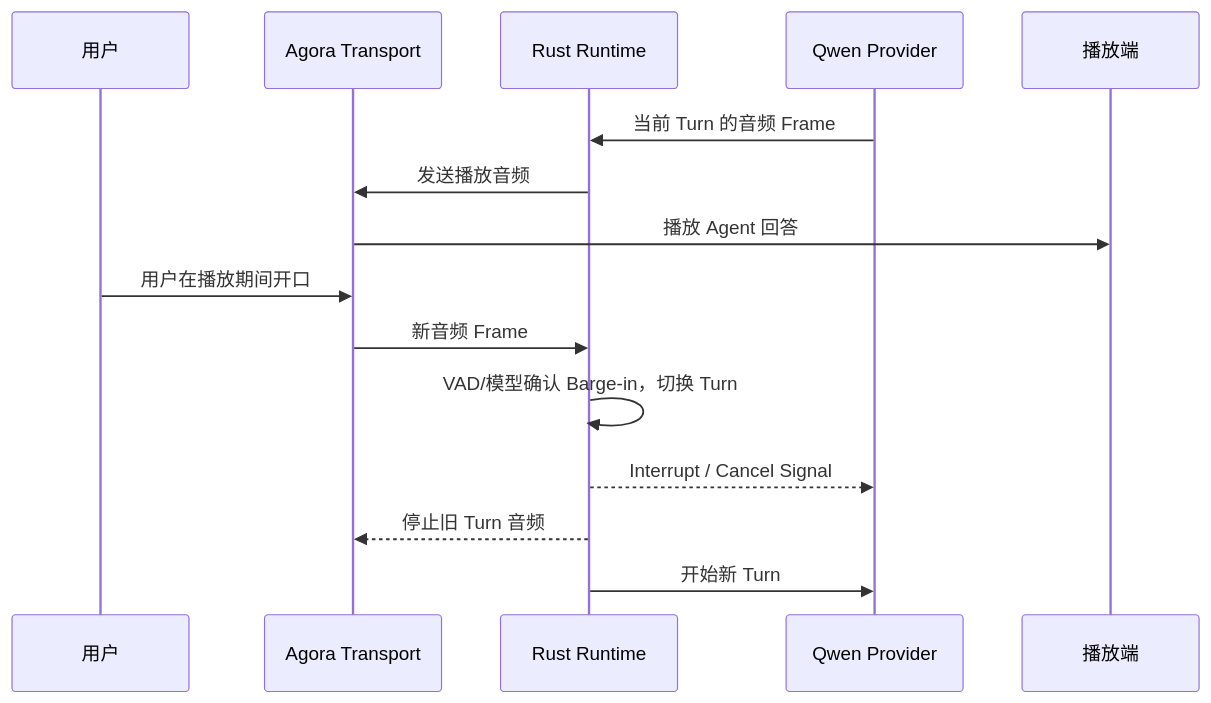
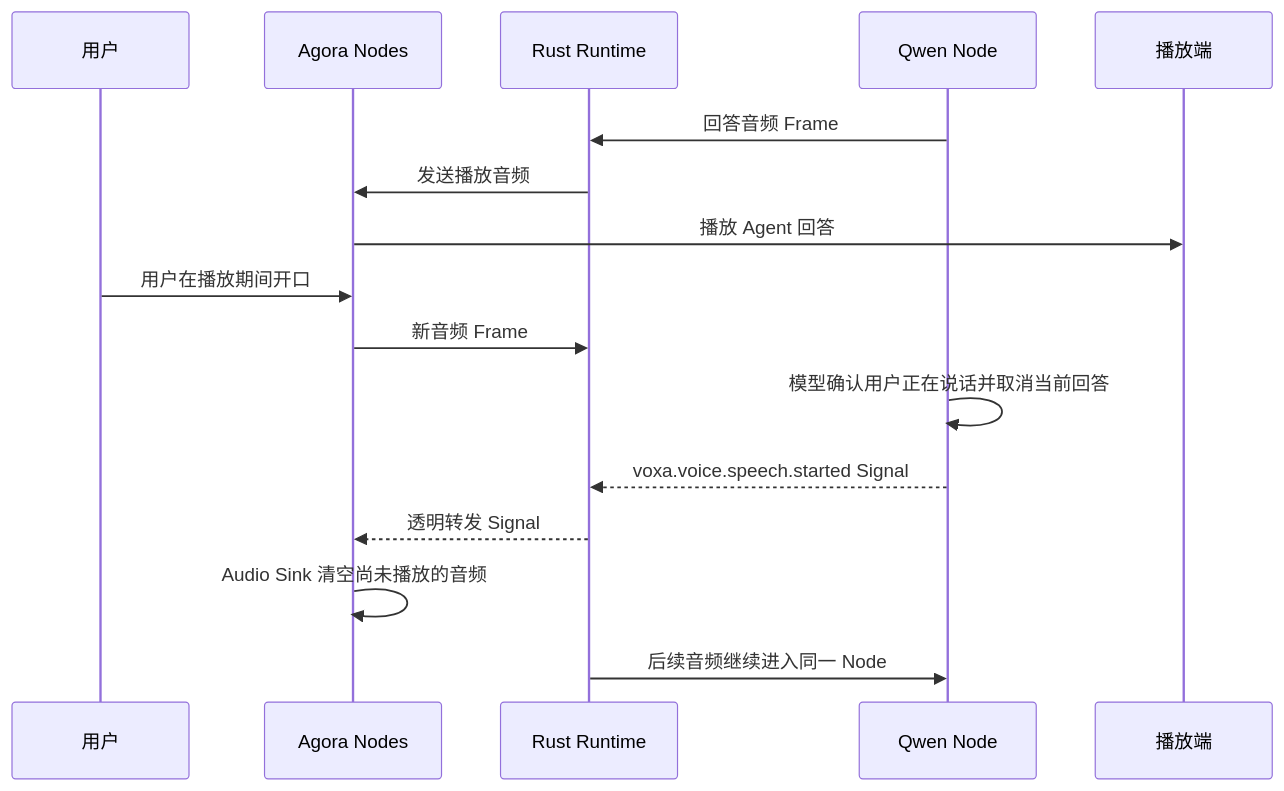
Before and after one commit to PiyotaHu/Voxa: the third of 3 diagrams in docs/site/zh/voice-architecture.md, drawn with Mermaid. The commit also changed other lines of this file and 105 other files, not shown here.

Commit message:
refactor voice runtime around unified nodes

````diff
--- a/docs/site/zh/voice-architecture.md
+++ b/docs/site/zh/voice-architecture.md
@@ -56,18 +56,19 @@
 ```mermaid
 sequenceDiagram
     participant U as 用户
-    participant T as Agora Transport
+    participant T as Agora Nodes
     participant R as Rust Runtime
-    participant M as Qwen Provider
+    participant M as Qwen Node
     participant P as 播放端
 
-    M->>R: 当前 Turn 的音频 Frame
+    M->>R: 回答音频 Frame
     R->>T: 发送播放音频
     T->>P: 播放 Agent 回答
     U->>T: 用户在播放期间开口
     T->>R: 新音频 Frame
-    R->>R: VAD/模型确认 Barge-in，切换 Turn
-    R-->>M: Interrupt / Cancel Signal
-    R-->>T: 停止旧 Turn 音频
-    R->>M: 开始新 Turn
+    M->>M: 模型确认用户正在说话并取消当前回答
+    M-->>R: voxa.voice.speech.started Signal
+    R-->>T: 透明转发 Signal
+    T->>T: Audio Sink 清空尚未播放的音频
+    R->>M: 后续音频继续进入同一 Node
 ```
````
